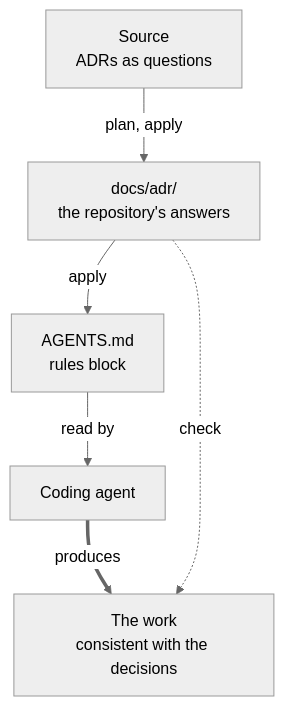
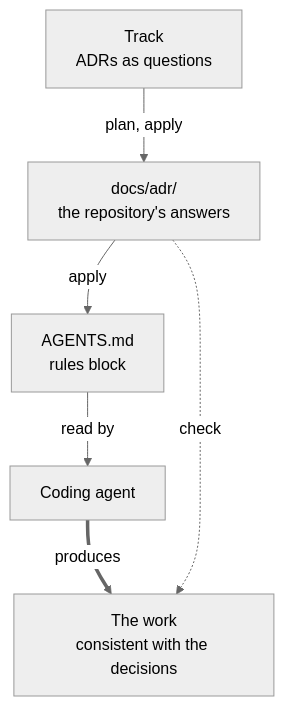
Before and after one commit to trivoallan/ontrack: the first of 3 diagrams in docs/how-it-works.md, drawn with Mermaid (neutral theme). The commit also changed other lines of this file and 67 other files, not shown here.

First line of the commit message:
feat(tracks)!: call a package of questions a track

````diff
--- a/docs/how-it-works.md
+++ b/docs/how-it-works.md
@@ -28,13 +28,13 @@
 ```mermaid
 flowchart TD
-  source["Source<br/>ADRs as questions"]
+  track["Track<br/>ADRs as questions"]
   adr["docs/adr/<br/>the repository's answers"]
   agents["AGENTS.md<br/>rules block"]
   agent["Coding agent"]
   work["The work<br/>consistent with the decisions"]
-  source -->|"plan, apply"| adr
+  track -->|"plan, apply"| adr
   adr -->|"apply"| agents
   agents -->|"read by"| agent
   agent ==>|"produces"| work
   adr -.->|"check"| work
 ```
````
